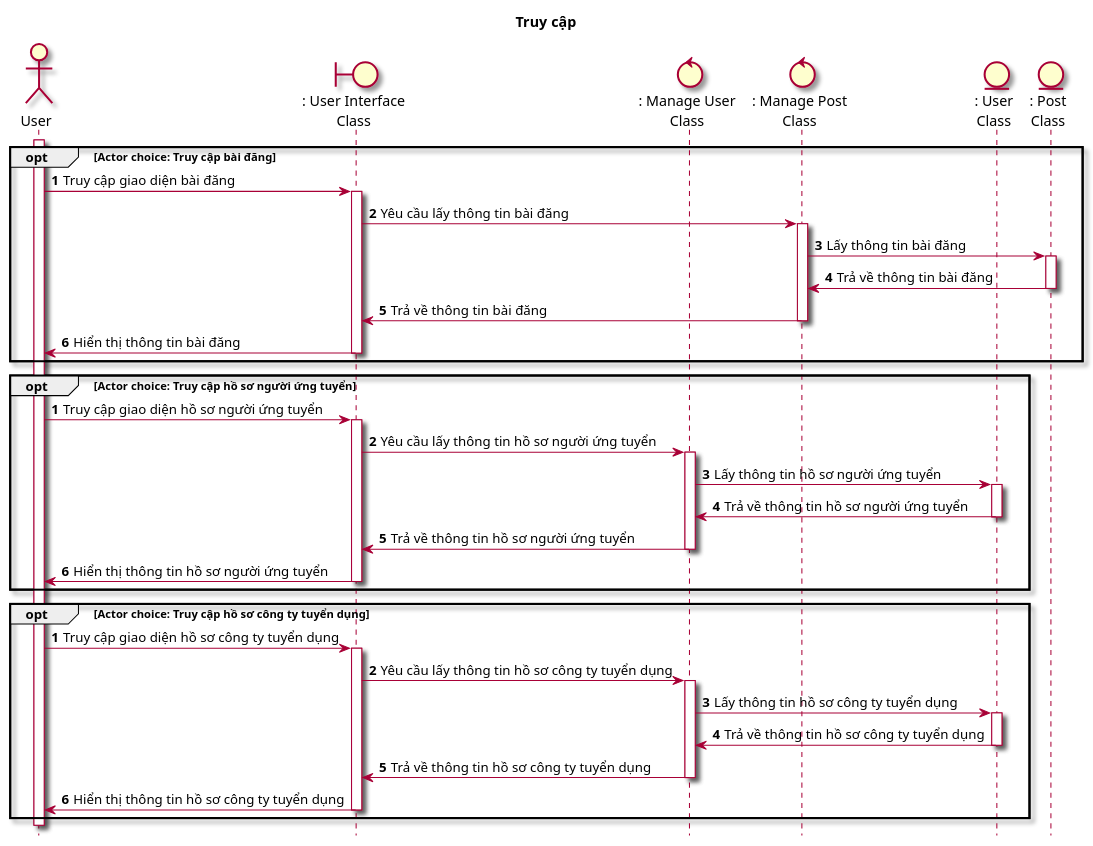
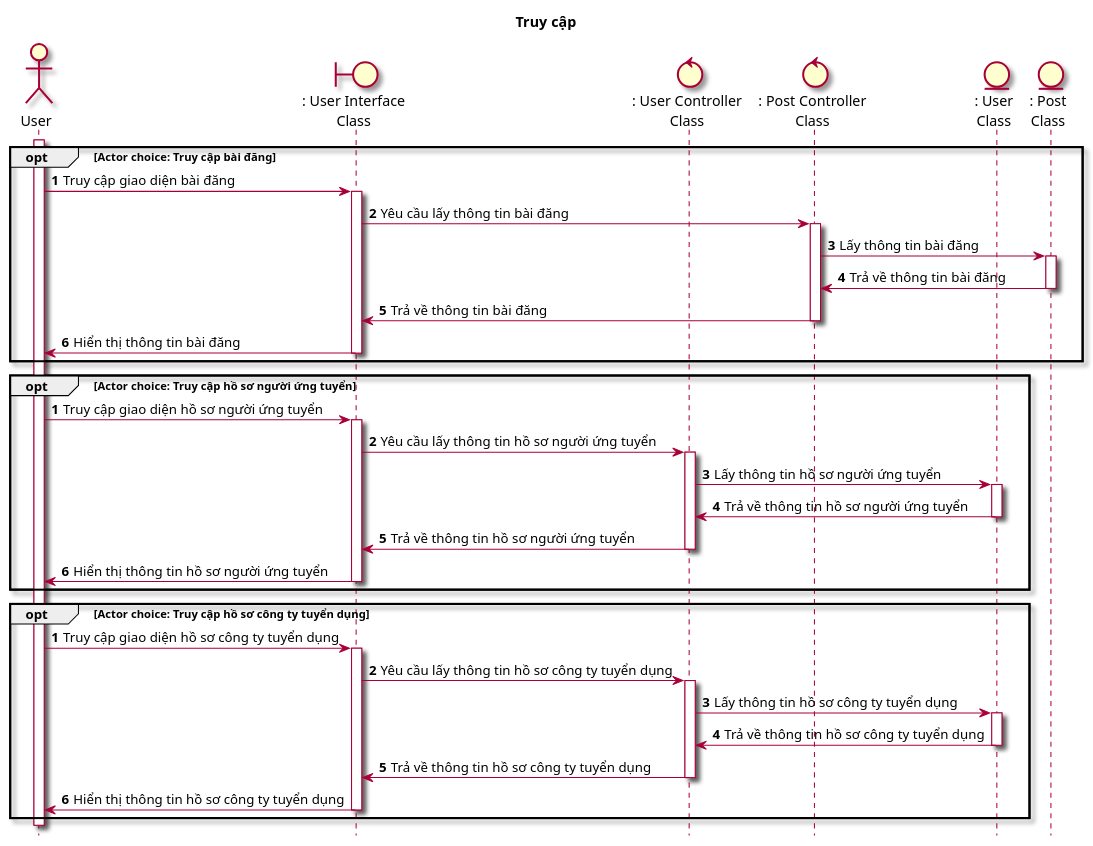
Before and after one commit to Griselda4774/EAS-EmploymentAssistanceSystem: the diagram in Lab1/Lab 1.2 Diagram/Sequence/FilePUML/13. SeqTruyCap.puml, drawn with PlantUML. The commit also changed 4 other files, not shown here.

```diff
--- a/Lab1/Lab 1.2 Diagram/Sequence/FilePUML/13. SeqTruyCap.puml
+++ b/Lab1/Lab 1.2 Diagram/Sequence/FilePUML/13. SeqTruyCap.puml
@@ -1,50 +1,50 @@
 @startuml SeqTruyCap
 
 skin rose
 hide footbox
 
 title Truy cập
 
 actor User as user
 boundary ": User Interface\nClass" as ui
-control ": Manage User\nClass" as manageUser
-control ": Manage Post\nClass" as managePost
+control ": User Controller\nClass" as userController
+control ": Post Controller\nClass" as postController
 entity ": User\nClass" as userClass
 entity ": Post\nClass" as postClass
 
 autonumber
 user++
 
 opt Actor choice: Truy cập bài đăng
     autonumber 1
     user -> ui++: Truy cập giao diện bài đăng
-    ui -> managePost++: Yêu cầu lấy thông tin bài đăng
-    managePost -> postClass++: Lấy thông tin bài đăng
-    postClass -> managePost--: Trả về thông tin bài đăng
-    managePost -> ui--: Trả về thông tin bài đăng
+    ui -> postController++: Yêu cầu lấy thông tin bài đăng
+    postController -> postClass++: Lấy thông tin bài đăng
+    postClass -> postController--: Trả về thông tin bài đăng
+    postController -> ui--: Trả về thông tin bài đăng
     ui -> user--: Hiển thị thông tin bài đăng
 end
 
 opt Actor choice: Truy cập hồ sơ người ứng tuyển
     autonumber 1
     user -> ui++: Truy cập giao diện hồ sơ người ứng tuyển
-    ui -> manageUser++: Yêu cầu lấy thông tin hồ sơ người ứng tuyển
-    manageUser -> userClass++: Lấy thông tin hồ sơ người ứng tuyển
-    userClass -> manageUser--: Trả về thông tin hồ sơ người ứng tuyển
-    manageUser -> ui--: Trả về thông tin hồ sơ người ứng tuyển
+    ui -> userController++: Yêu cầu lấy thông tin hồ sơ người ứng tuyển
+    userController -> userClass++: Lấy thông tin hồ sơ người ứng tuyển
+    userClass -> userController--: Trả về thông tin hồ sơ người ứng tuyển
+    userController -> ui--: Trả về thông tin hồ sơ người ứng tuyển
     ui -> user--: Hiển thị thông tin hồ sơ người ứng tuyển
 end
 
 opt Actor choice: Truy cập hồ sơ công ty tuyển dụng
     autonumber 1
     user -> ui++: Truy cập giao diện hồ sơ công ty tuyển dụng
-    ui -> manageUser++: Yêu cầu lấy thông tin hồ sơ công ty tuyển dụng
-    manageUser -> userClass++: Lấy thông tin hồ sơ công ty tuyển dụng
-    userClass -> manageUser--: Trả về thông tin hồ sơ công ty tuyển dụng
-    manageUser -> ui--: Trả về thông tin hồ sơ công ty tuyển dụng
+    ui -> userController++: Yêu cầu lấy thông tin hồ sơ công ty tuyển dụng
+    userController -> userClass++: Lấy thông tin hồ sơ công ty tuyển dụng
+    userClass -> userController--: Trả về thông tin hồ sơ công ty tuyển dụng
+    userController -> ui--: Trả về thông tin hồ sơ công ty tuyển dụng
     ui -> user--: Hiển thị thông tin hồ sơ công ty tuyển dụng
 end
 
 user--
 
 @enduml
```
